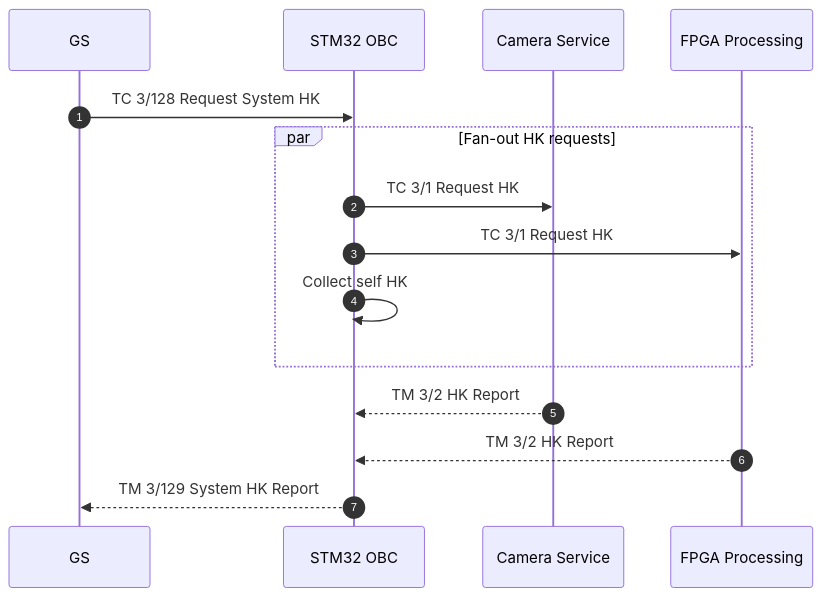
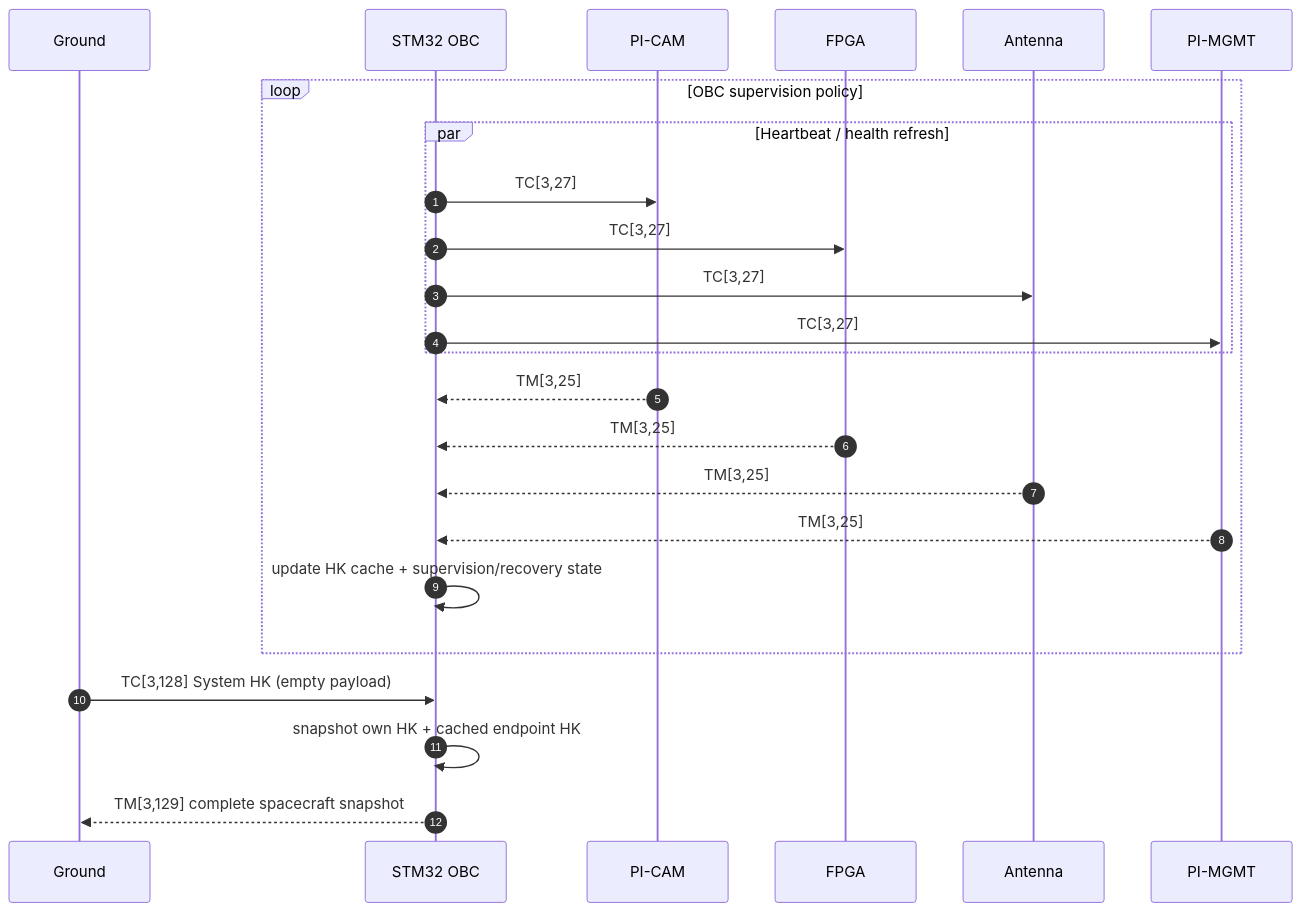
Before and after one commit to ExoSpaceLabs/exn: the first of 12 diagrams in docs/diagrams.md, drawn with Mermaid. The commit also changed other lines of this file, not shown here.

Commit message:
docs(exn): show cached System HK and recovery model

````diff
--- a/docs/diagrams.md
+++ b/docs/diagrams.md
@@ -16,18 +16,28 @@
 ```mermaid
 sequenceDiagram
   autonumber
-  participant GS as GS
-  participant MCU as STM32 OBC
-  participant CAM as Camera Service
-  participant FPGA as FPGA Processing
+  participant GS as Ground
+  participant OBC as STM32 OBC
+  participant CAM as PI-CAM
+  participant FPGA as FPGA
+  participant ANT as Antenna
+  participant PM as PI-MGMT
 
-  GS->>MCU: TC 3/128 Request System HK
-  par Fan-out HK requests
-    MCU->>CAM: TC 3/1 Request HK
-    MCU->>FPGA: TC 3/1 Request HK
-    MCU->>MCU: Collect self HK
+  loop OBC supervision policy
+    par Heartbeat / health refresh
+      OBC->>CAM: TC[3,27]
+      OBC->>FPGA: TC[3,27]
+      OBC->>ANT: TC[3,27]
+      OBC->>PM: TC[3,27]
+    end
+    CAM-->>OBC: TM[3,25]
+    FPGA-->>OBC: TM[3,25]
+    ANT-->>OBC: TM[3,25]
+    PM-->>OBC: TM[3,25]
+    OBC->>OBC: update HK cache + supervision/recovery state
   end
-  CAM-->>MCU: TM 3/2 HK Report
-  FPGA-->>MCU: TM 3/2 HK Report
-  MCU-->>GS: TM 3/129 System HK Report
+
+  GS->>OBC: TC[3,128] System HK (empty payload)
+  OBC->>OBC: snapshot own HK + cached endpoint HK
+  OBC-->>GS: TM[3,129] complete spacecraft snapshot
 ```
````
